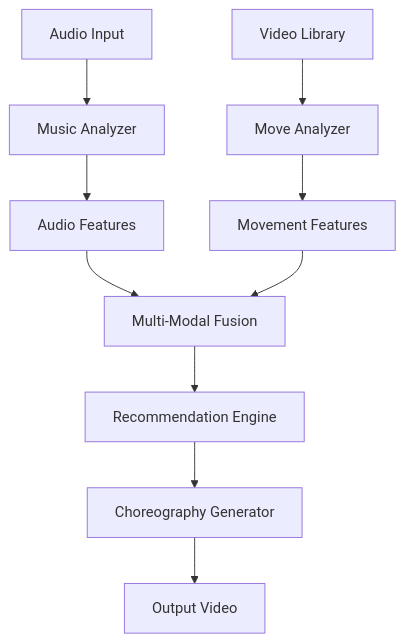
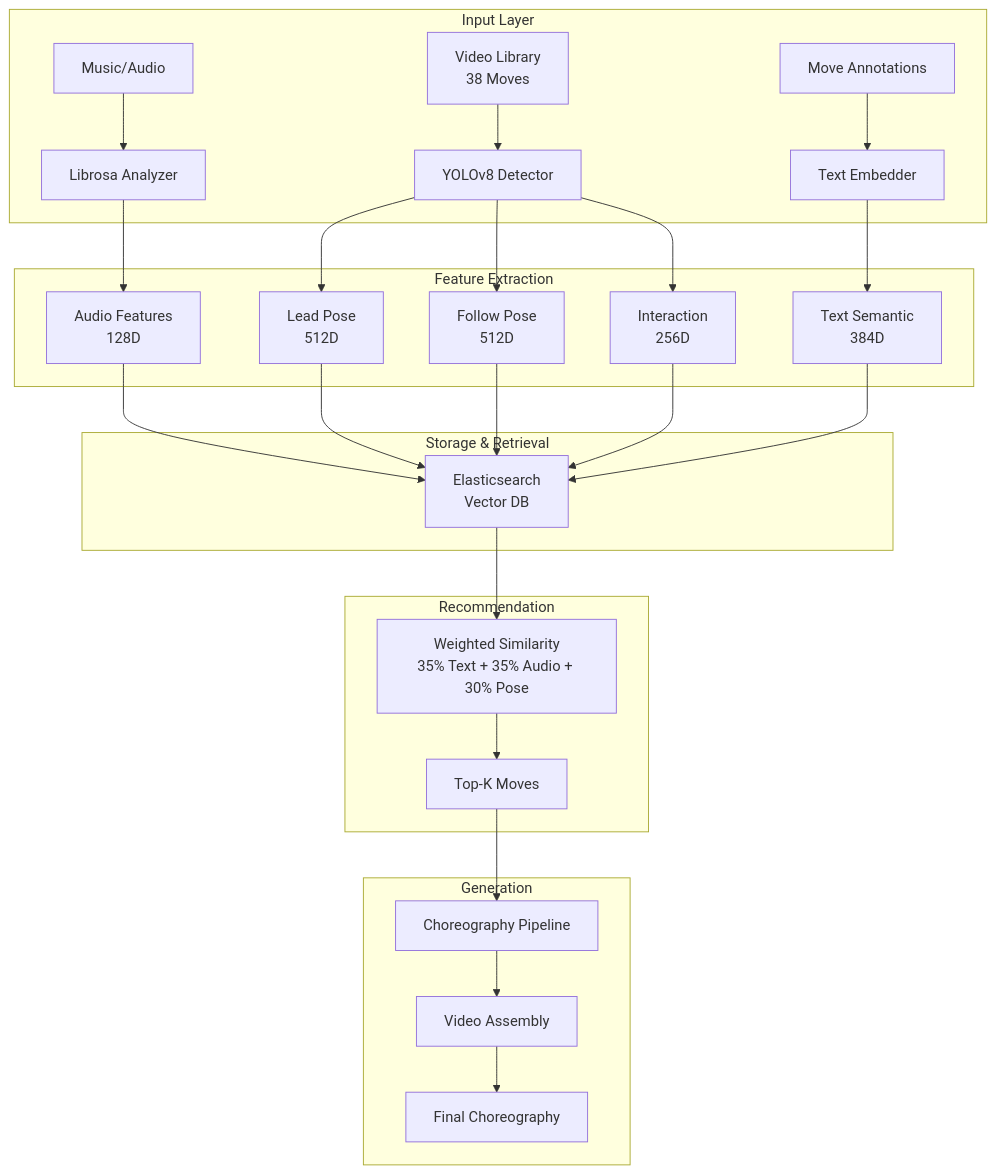
Before and after one commit to erickrex/bachata_buddy: the diagram in README.md, drawn with Mermaid. The commit also changed other lines of this file and 20 other files, not shown here.

````diff
--- a/README.md
+++ b/README.md
@@ -20,12 +42,35 @@
 ```mermaid
 graph TB
-    A[Audio Input] --> B[Music Analyzer]
-    V[Video Library] --> C[Move Analyzer]
-    B --> D[Audio Features]
-    C --> E[Movement Features]
-    D --> F[Multi-Modal Fusion]
-    E --> F
-    F --> G[Recommendation Engine]
-    G --> H[Choreography Generator]
-    H --> I[Output Video]
+    subgraph "Input Layer"
+        A[Music/Audio] --> B[Librosa Analyzer]
+        V[Video Library<br/>38 Moves] --> C[YOLOv8 Detector]
+        M[Move Annotations] --> D[Text Embedder]
+    end
+    
+    subgraph "Feature Extraction"
+        B --> E[Audio Features<br/>128D]
+        C --> F[Lead Pose<br/>512D]
+        C --> G[Follow Pose<br/>512D]
+        C --> H[Interaction<br/>256D]
+        D --> I[Text Semantic<br/>384D]
+    end
+    
+    subgraph "Storage & Retrieval"
+        E --> J[Elasticsearch<br/>Vector DB]
+        F --> J
+        G --> J
+        H --> J
+        I --> J
+    end
+    
+    subgraph "Recommendation"
+        J --> K[Weighted Similarity<br/>35% Text + 35% Audio + 30% Pose]
+        K --> L[Top-K Moves]
+    end
+    
+    subgraph "Generation"
+        L --> N[Choreography Pipeline]
+        N --> O[Video Assembly]
+        O --> P[Final Choreography]
+    end
 ```
````
